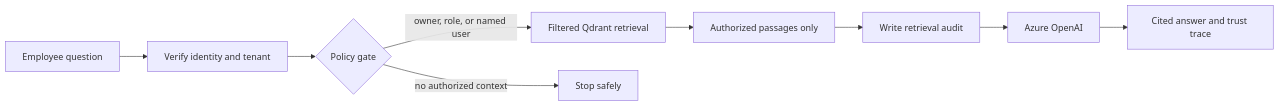
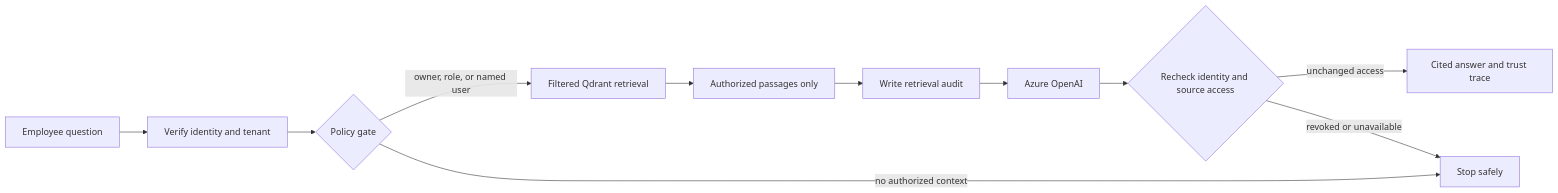
Before and after one commit to MonishGosar/Zero-Trust-RAG: the diagram in README.md, drawn with Mermaid. The commit also changed other lines of this file, not shown here.

````diff
--- a/README.md
+++ b/README.md
@@ -17,11 +55,13 @@
 ```mermaid
 flowchart LR
     U[Employee question] --> I[Verify identity and tenant]
     I --> G{Policy gate}
     G -->|owner, role, or named user| R[Filtered Qdrant retrieval]
     G -->|no authorized context| X[Stop safely]
     R --> A[Authorized passages only]
     A --> D[Write retrieval audit]
     D --> M[Azure OpenAI]
-    M --> C[Cited answer and trust trace]
+    M --> V{Recheck identity and source access}
+    V -->|unchanged access| C[Cited answer and trust trace]
+    V -->|revoked or unavailable| X
 ```
````
